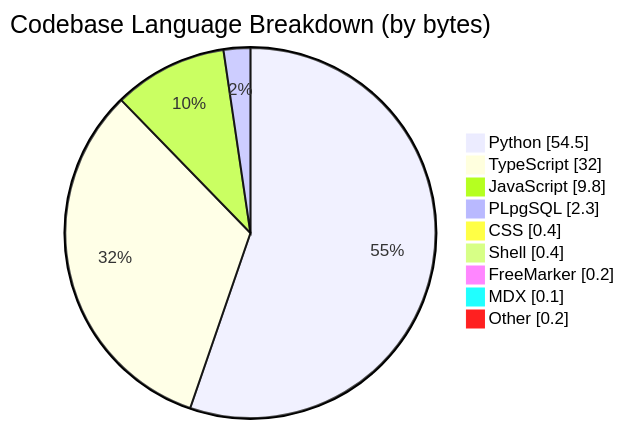
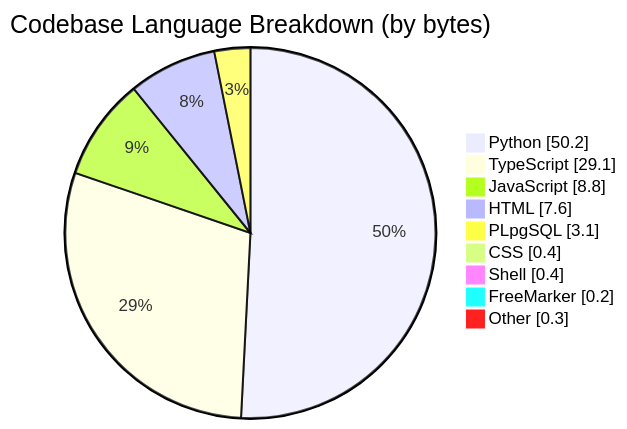
Before and after one commit to CSTH-Projects/.github: the third of 4 diagrams in profile/README.md, drawn with Mermaid. The commit also changed other lines of this file, not shown here.

````diff
--- a/profile/README.md
+++ b/profile/README.md
@@ -63,13 +63,13 @@
 ```mermaid
 pie showData
     title Codebase Language Breakdown (by bytes)
-    "Python" : 54.5
-    "TypeScript" : 32.0
-    "JavaScript" : 9.8
-    "PLpgSQL" : 2.3
+    "Python" : 50.2
+    "TypeScript" : 29.1
+    "JavaScript" : 8.8
+    "HTML" : 7.6
+    "PLpgSQL" : 3.1
     "CSS" : 0.4
     "Shell" : 0.4
     "FreeMarker" : 0.2
-    "MDX" : 0.1
-    "Other" : 0.2
+    "Other" : 0.3
 ```
````
